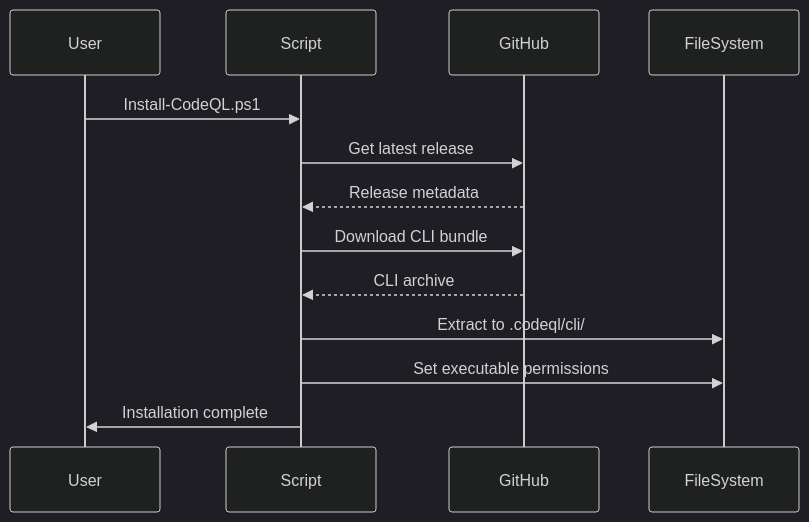
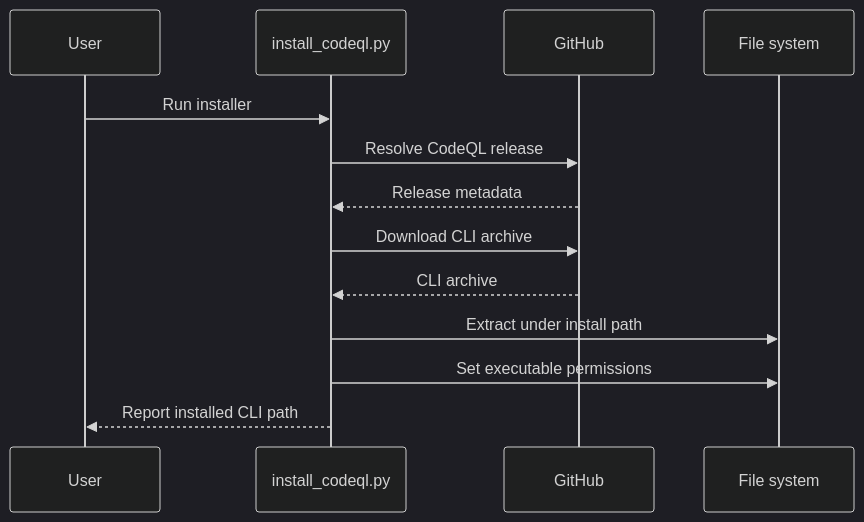
Before and after one commit to rjmurillo/ai-agents: the third of 6 diagrams in docs/codeql-architecture.md, drawn with Mermaid (dark theme). The commit also changed other lines of this file and 2 other files, not shown here.

First line of the commit message:
docs(codeql): rewrite reference docs for Python two-tier reality (#3296)

````diff
--- a/docs/codeql-architecture.md
+++ b/docs/codeql-architecture.md
@@ -201,16 +192,16 @@
 ```mermaid
 sequenceDiagram
     participant User
-    participant Script
+    participant Script as install_codeql.py
     participant GitHub
-    participant FileSystem
+    participant FS as File system
 
-    User->>Script: Install-CodeQL.ps1
-    Script->>GitHub: Get latest release
+    User->>Script: Run installer
+    Script->>GitHub: Resolve CodeQL release
     GitHub-->>Script: Release metadata
-    Script->>GitHub: Download CLI bundle
+    Script->>GitHub: Download CLI archive
     GitHub-->>Script: CLI archive
-    Script->>FileSystem: Extract to .codeql/cli/
-    Script->>FileSystem: Set executable permissions
-    Script->>User: Installation complete
+    Script->>FS: Extract under install path
+    Script->>FS: Set executable permissions
+    Script-->>User: Report installed CLI path
 ```
````
